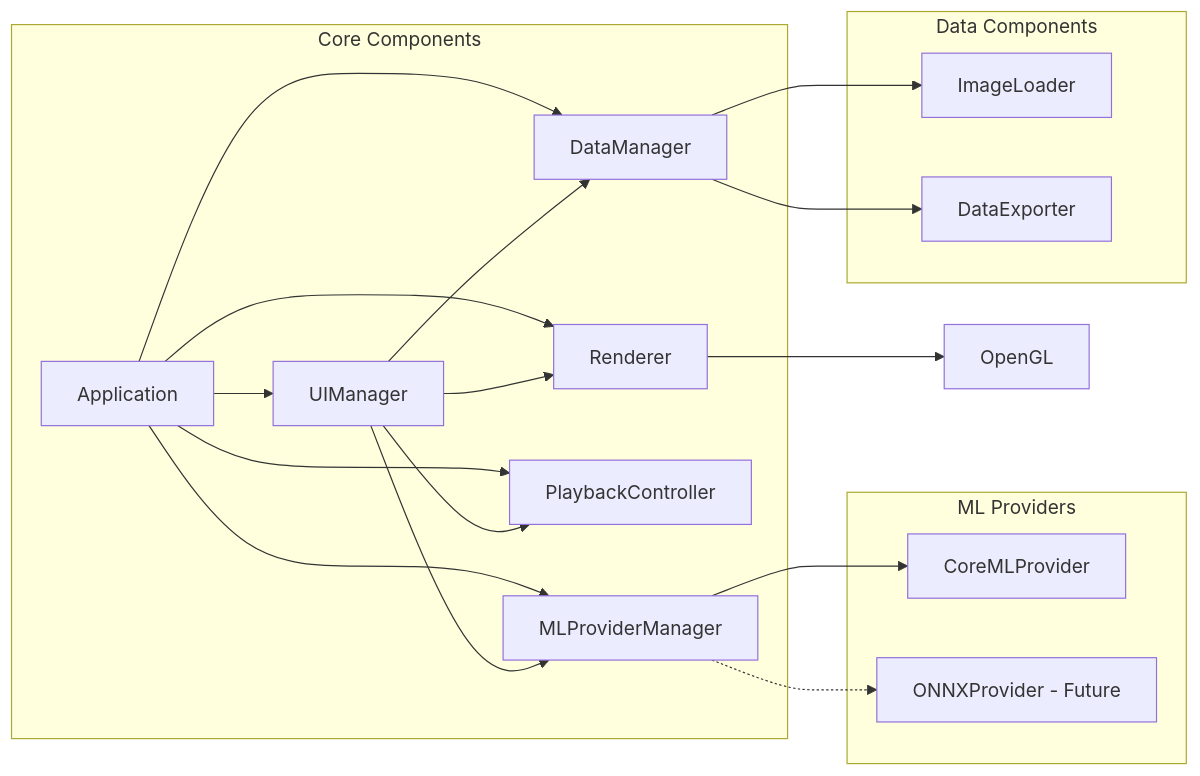
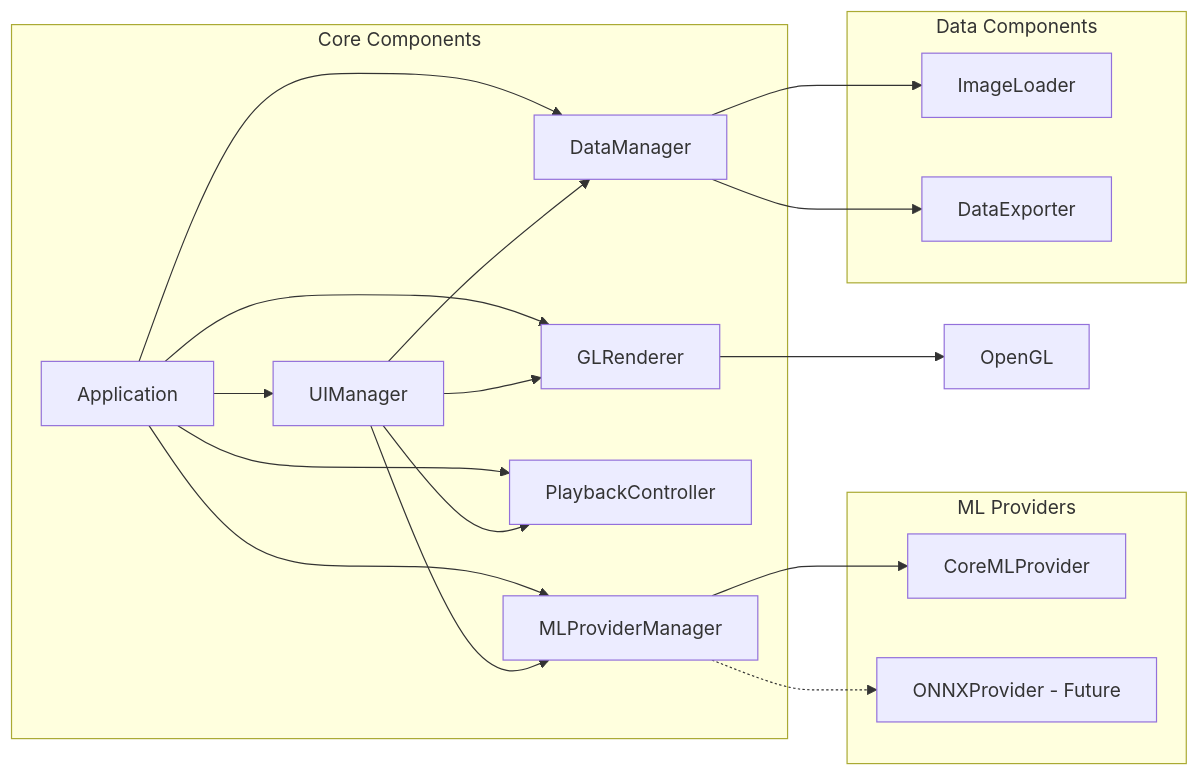
One commit to Echonous-software/ThorNativeMLViewer changed the second of 3 diagrams in docs/architecture.md. Above: the diagram before and after it, drawn with Mermaid. The commit also changed other lines of this file and 4 other files, not shown here.

First line of the commit message:
feat(architecture): enhance ML visualization architecture with data organization and shader-based processing

````diff
--- a/docs/architecture.md
+++ b/docs/architecture.md
@@ -285,36 +288,36 @@
 ```mermaid
 graph LR
     subgraph "Core Components"
         APP[Application]
         UI[UIManager]
         ML[MLProviderManager]
         DM[DataManager]
         PC[PlaybackController]
-        R[Renderer]
+        R[GLRenderer]
     end
     
     subgraph "ML Providers"
         CMP[CoreMLProvider]
         OP[ONNXProvider - Future]
     end
     
     subgraph "Data Components"
         IL[ImageLoader]
         DE[DataExporter]
     end
     
     APP --> UI
     APP --> ML
     APP --> DM
     APP --> PC
     APP --> R
     ML --> CMP
     ML -.-> OP
     DM --> IL
     DM --> DE
     UI --> ML
     UI --> DM
     UI --> PC
     UI --> R
     R --> OpenGL[OpenGL]
 ```
````
